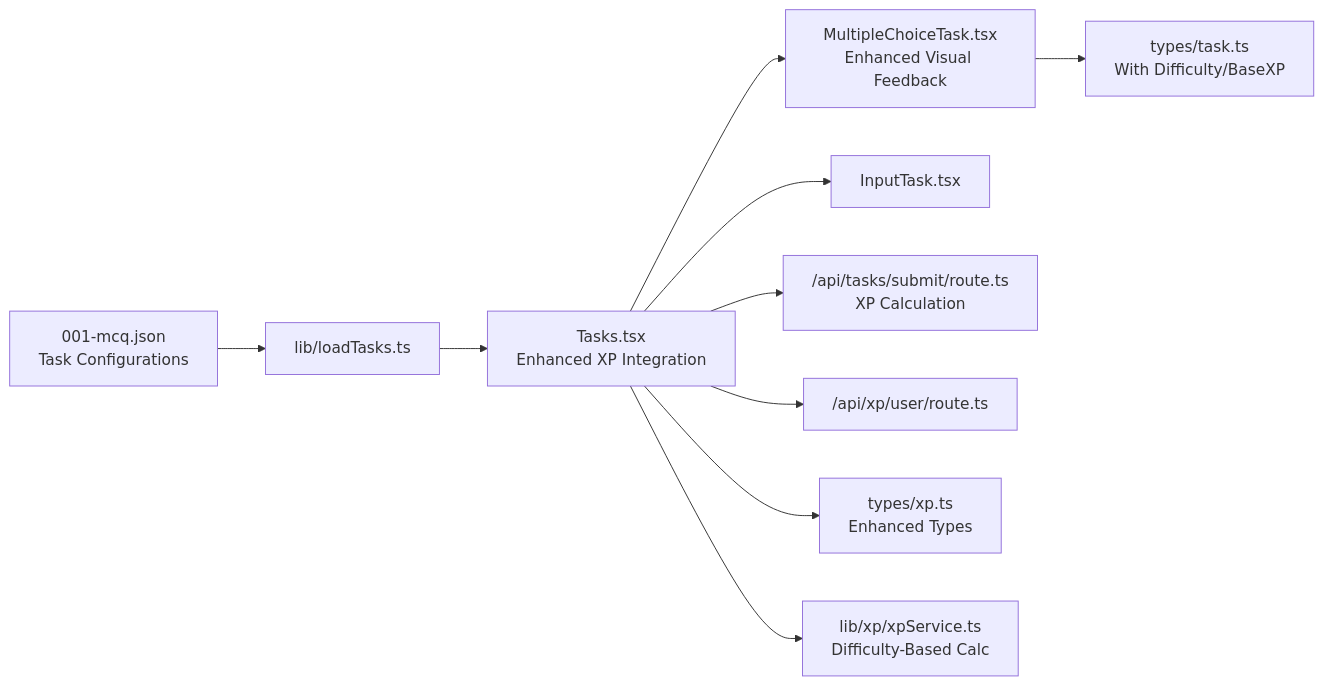
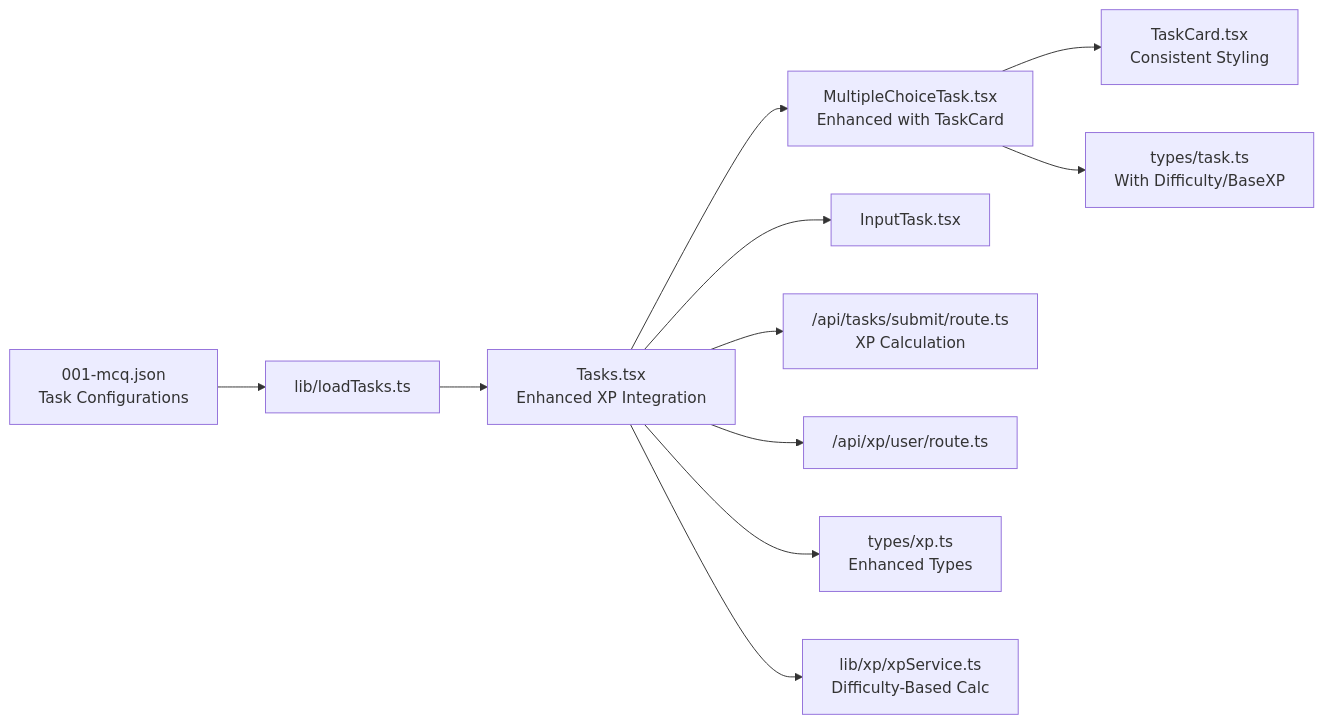
The fifth of 5 diagrams in .qoder/repowiki/en/content/Core Features/Learning Interface/Multiple Choice Tasks.md (AlexKutz/math-app-next-js), drawn with Mermaid before and after one commit. The commit also changed other lines of this file and 125 other files, not shown here.

````diff
--- a/.qoder/repowiki/en/content/Core Features/Learning Interface/Multiple Choice Tasks.md
+++ b/.qoder/repowiki/en/content/Core Features/Learning Interface/Multiple Choice Tasks.md
@@ -383,12 +440,13 @@
 ```mermaid
 graph LR
-MC["MultipleChoiceTask.tsx<br/>Enhanced Visual Feedback"] --> T["types/task.ts<br/>With Difficulty/BaseXP"]
+MC["MultipleChoiceTask.tsx<br/>Enhanced with TaskCard"] --> TC["TaskCard.tsx<br/>Consistent Styling"]
+MC --> T["types/task.ts<br/>With Difficulty/BaseXP"]
 TS["Tasks.tsx<br/>Enhanced XP Integration"] --> MC
 TS --> IT["InputTask.tsx"]
 TS --> API1["/api/tasks/submit/route.ts<br/>XP Calculation"]
 TS --> API2["/api/xp/user/route.ts"]
 TS --> XPT["types/xp.ts<br/>Enhanced Types"]
 TS --> XPS["lib/xp/xpService.ts<br/>Difficulty-Based Calc"]
 DATA["001-mcq.json<br/>Task Configurations"] --> LD["lib/loadTasks.ts"]
 LD --> TS
 ```
````
